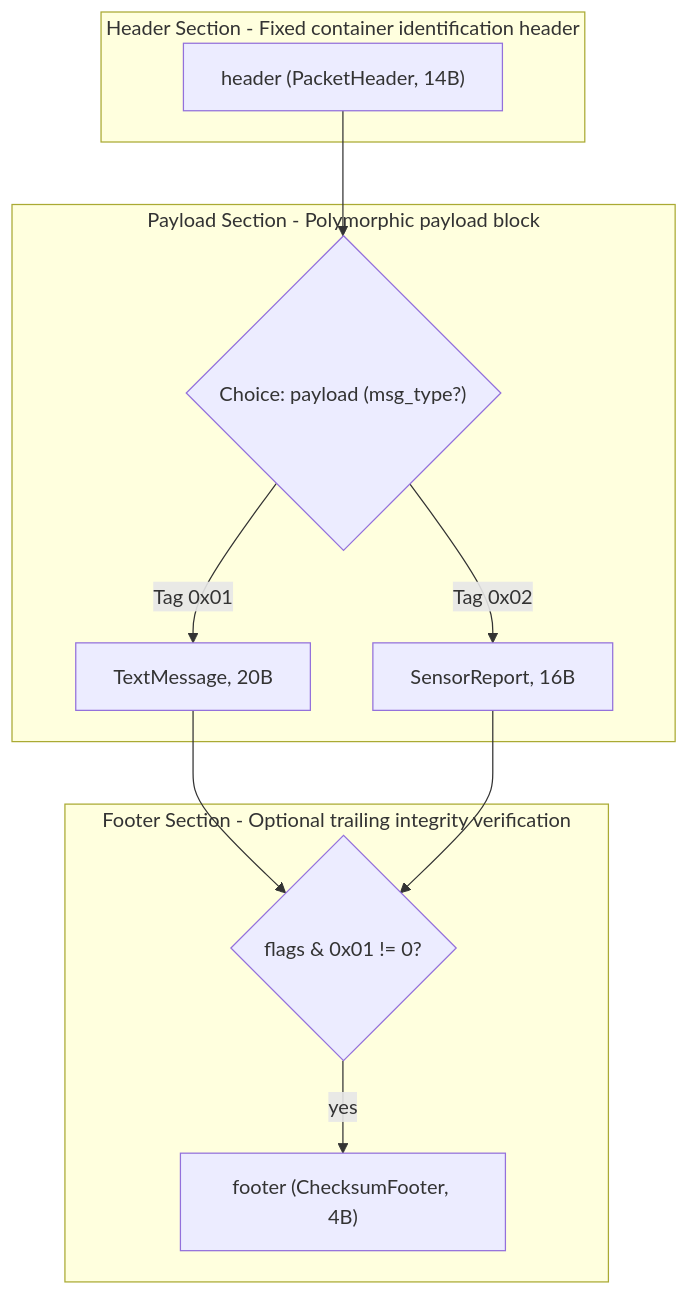
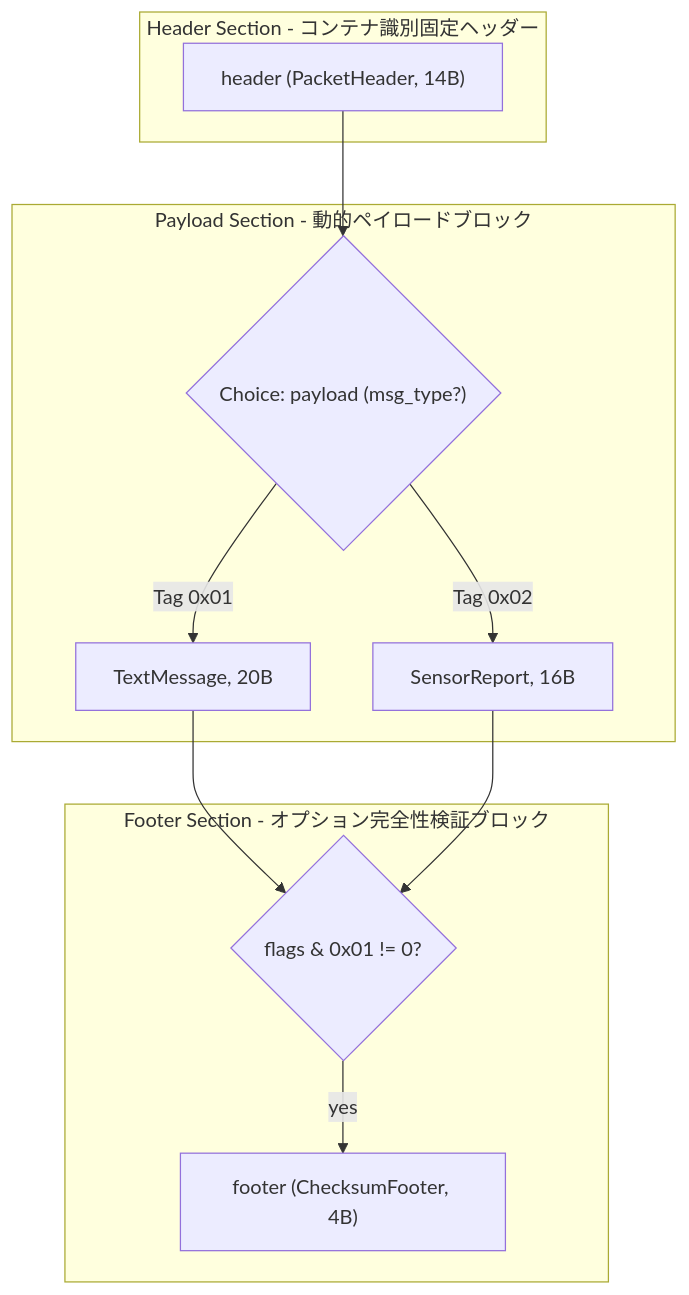
The first of 5 diagrams in sample/telemetry_protocol_spec.md (tamon-ishii/binary_master), drawn with Mermaid before and after one commit. The commit also changed other lines of this file and 67 other files, not shown here.

````diff
--- a/sample/telemetry_protocol_spec.md
+++ b/sample/telemetry_protocol_spec.md
@@ -26,21 +25,21 @@
 ```mermaid
 flowchart TD
-    subgraph SG_1_Header_Section ["Header Section - Fixed container identification header"]
+    subgraph SG_1_Header_Section ["Header Section - コンテナ識別固定ヘッダー"]
         E2_header["header (PacketHeader, 14B)"]
     end
-    subgraph SG_4_Payload_Section ["Payload Section - Polymorphic payload block"]
+    subgraph SG_4_Payload_Section ["Payload Section - 動的ペイロードブロック"]
         Choice_E5_payload{"Choice: payload (msg_type?)"}
         E2_header --> Choice_E5_payload
         V_E5_payload_0["TextMessage, 20B"]
         Choice_E5_payload -->|"Tag 0x01"| V_E5_payload_0
         V_E5_payload_1["SensorReport, 16B"]
         Choice_E5_payload -->|"Tag 0x02"| V_E5_payload_1
     end
-    subgraph SG_7_Footer_Section ["Footer Section - Optional trailing integrity verification"]
+    subgraph SG_7_Footer_Section ["Footer Section - オプション完全性検証ブロック"]
         Cond_E8_footer{"flags & 0x01 != 0?"}
         V_E5_payload_0 --> Cond_E8_footer
         V_E5_payload_1 --> Cond_E8_footer
         E8_footer["footer (ChecksumFooter, 4B)"]
         Cond_E8_footer -->|yes| E8_footer
     end
 ```
````
